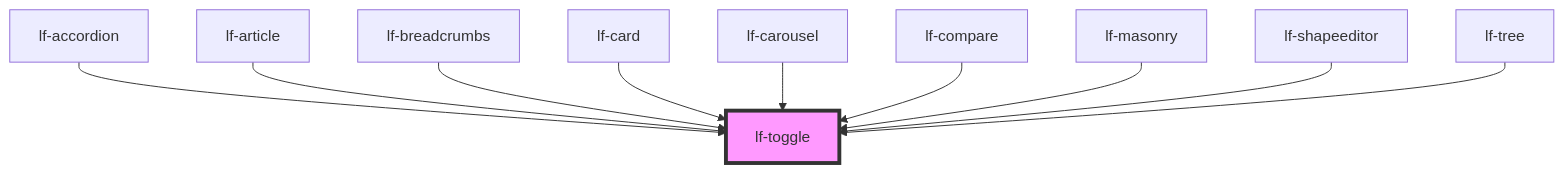
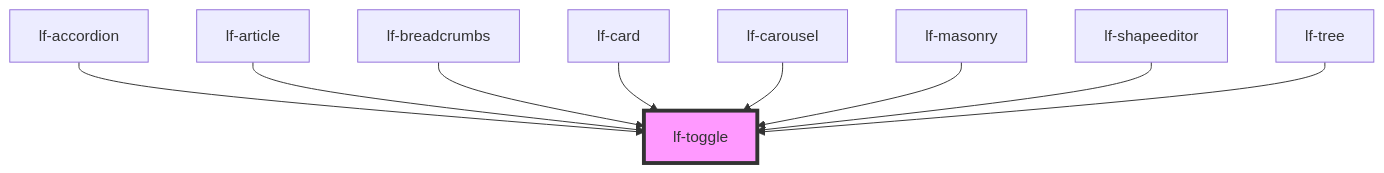
The diagram in packages/core/src/components/lf-toggle/readme.md (lucafoscili/lf-widgets), drawn with Mermaid before and after one commit. The commit also changed other lines of this file and 191 other files, not shown here.

First line of the commit message:
chore: Refactor to functional component architecture for UI

````diff
--- a/packages/core/src/components/lf-toggle/readme.md
+++ b/packages/core/src/components/lf-toggle/readme.md
@@ -146,13 +145,12 @@
 ```mermaid
 graph TD;
   lf-accordion --> lf-toggle
   lf-article --> lf-toggle
   lf-breadcrumbs --> lf-toggle
   lf-card --> lf-toggle
   lf-carousel --> lf-toggle
-  lf-compare --> lf-toggle
   lf-masonry --> lf-toggle
   lf-shapeeditor --> lf-toggle
   lf-tree --> lf-toggle
   style lf-toggle fill:#f9f,stroke:#333,stroke-width:4px
 ```
````
